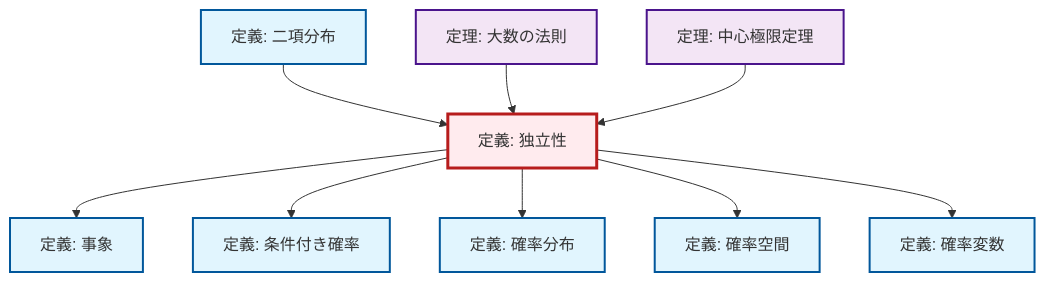
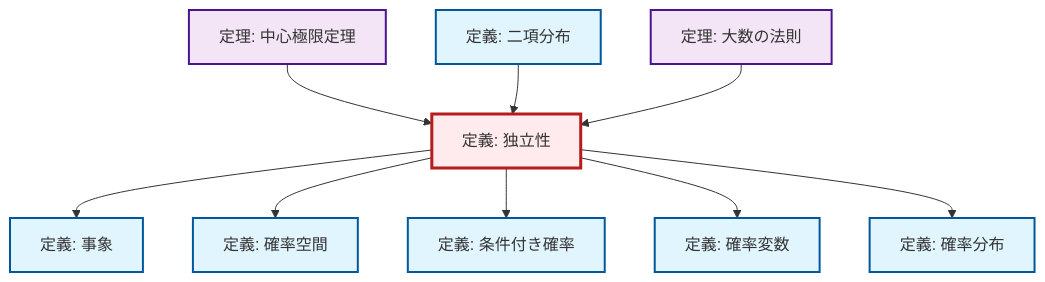
One commit to RK0429/ModernMath changed the diagram in content/ja/probability-statistics/def-independence.qmd. Above: the diagram before and after it, drawn with Mermaid. The commit also changed other lines of this file and 328 other files, not shown here.

````diff
--- a/content/ja/probability-statistics/def-independence.qmd
+++ b/content/ja/probability-statistics/def-independence.qmd
@@ -115,35 +115,35 @@
 ```{mermaid}
 %%| fig-cap: "ローカル依存関係グラフ"
 graph TD
     classDef definition fill:#e1f5fe,stroke:#01579b,stroke-width:2px
     classDef theorem fill:#f3e5f5,stroke:#4a148c,stroke-width:2px
     classDef axiom fill:#fff3e0,stroke:#e65100,stroke-width:2px
     classDef example fill:#e8f5e9,stroke:#1b5e20,stroke-width:2px
     classDef current fill:#ffebee,stroke:#b71c1c,stroke-width:3px
-    def-probability-space["定義: 確率空間"]:::definition
+    def-random-variable["定義: 確率変数"]:::definition
     def-binomial-distribution["定義: 二項分布"]:::definition
     def-independence["定義: 独立性"]:::definition
+    thm-central-limit["定理: 中心極限定理"]:::theorem
     thm-law-of-large-numbers["定理: 大数の法則"]:::theorem
+    def-probability-distribution["定義: 確率分布"]:::definition
+    def-probability-space["定義: 確率空間"]:::definition
+    def-conditional-probability["定義: 条件付き確率"]:::definition
     def-event["定義: 事象"]:::definition
-    def-probability-distribution["定義: 確率分布"]:::definition
-    thm-central-limit["定理: 中心極限定理"]:::theorem
-    def-conditional-probability["定義: 条件付き確率"]:::definition
-    def-random-variable["定義: 確率変数"]:::definition
+    thm-central-limit --> def-independence
     def-independence --> def-event
+    def-independence --> def-probability-space
+    def-independence --> def-conditional-probability
     def-binomial-distribution --> def-independence
-    def-independence --> def-conditional-probability
+    thm-law-of-large-numbers --> def-independence
+    def-independence --> def-random-variable
     def-independence --> def-probability-distribution
-    def-independence --> def-probability-space
-    def-independence --> def-random-variable
-    thm-law-of-large-numbers --> def-independence
-    thm-central-limit --> def-independence
     class def-independence current
+    click def-random-variable "def-random-variable.html" "確率変数の定義へ"
+    click def-binomial-distribution "def-binomial-distribution.html" "二項分布の定義へ"
+    click thm-central-limit "thm-central-limit.html" "中心極限定理の定理へ"
+    click thm-law-of-large-numbers "thm-law-of-large-numbers.html" "大数の法則の定理へ"
+    click def-probability-distribution "def-probability-distribution.html" "確率分布の定義へ"
     click def-probability-space "def-probability-space.html" "確率空間の定義へ"
-    click def-binomial-distribution "def-binomial-distribution.html" "二項分布の定義へ"
-    click thm-law-of-large-numbers "thm-law-of-large-numbers.html" "大数の法則の定理へ"
+    click def-conditional-probability "def-conditional-probability.html" "条件付き確率の定義へ"
     click def-event "def-event.html" "事象の定義へ"
-    click def-probability-distribution "def-probability-distribution.html" "確率分布の定義へ"
-    click thm-central-limit "thm-central-limit.html" "中心極限定理の定理へ"
-    click def-conditional-probability "def-conditional-probability.html" "条件付き確率の定義へ"
-    click def-random-variable "def-random-variable.html" "確率変数の定義へ"
 ```
````
